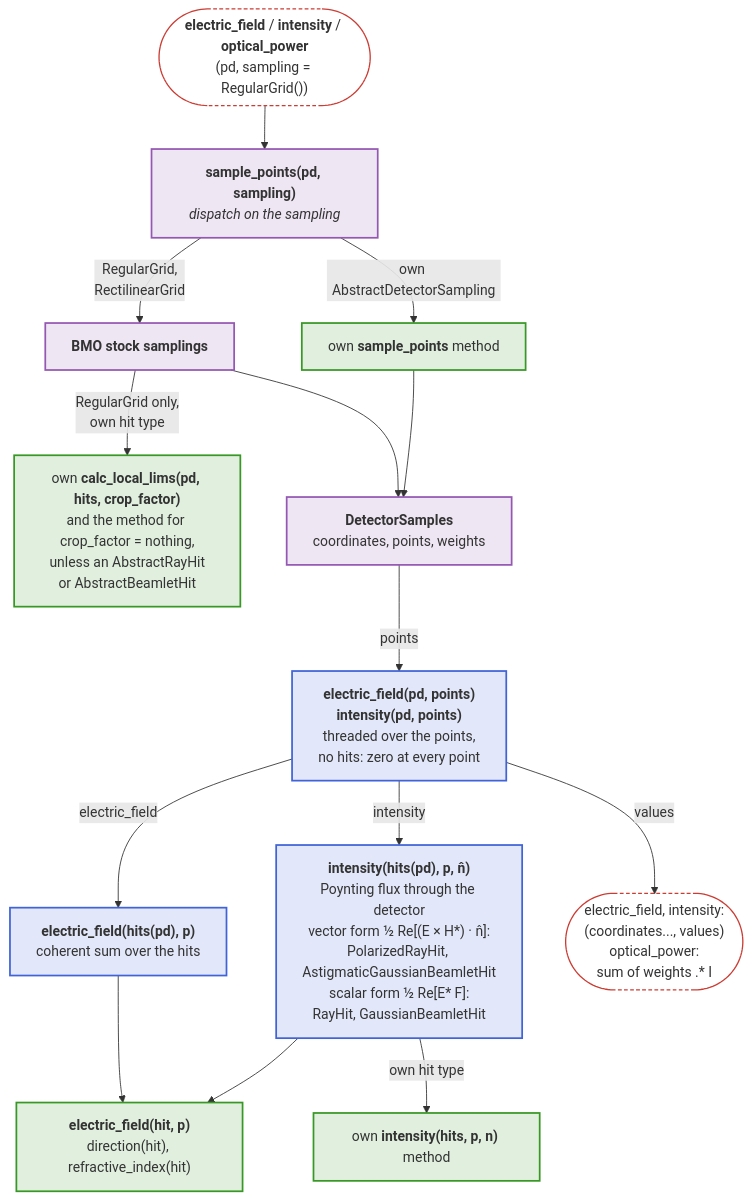
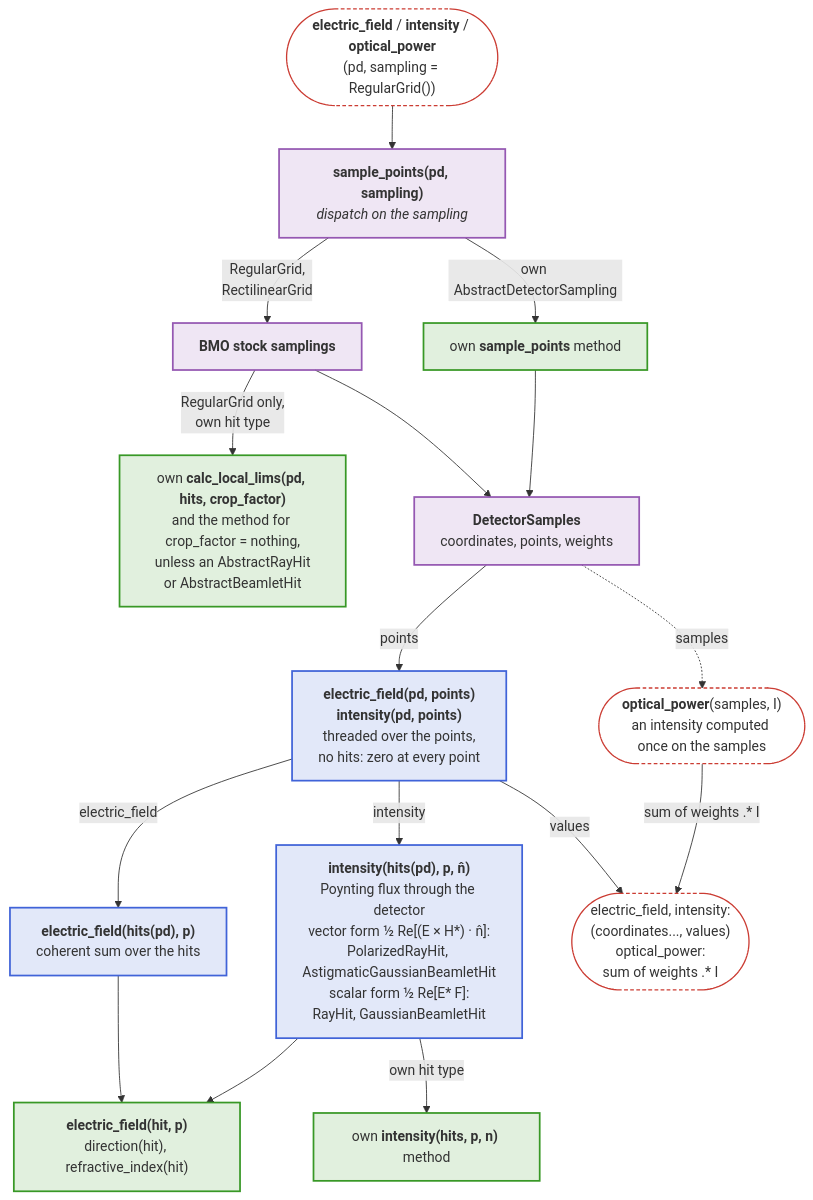
The second of 3 diagrams in docs/src/api/detectors.md (JuliaPhysics/BeamletOptics.jl), drawn with Mermaid before and after one commit. The commit also changed 4 other files, not shown here.

First line of the commit message:
Feature: optical_power of an intensity computed on samples (#226)

````diff
--- a/docs/src/api/detectors.md
+++ b/docs/src/api/detectors.md
@@ -41,38 +41,41 @@
 ```mermaid
 flowchart TB
     R(["<b>electric_field</b> / <b>intensity</b> / <b>optical_power</b><br/>(pd, sampling = RegularGrid())"])
     SP["<b>sample_points(pd, sampling)</b><br/><i>dispatch on the sampling</i>"]
     BMO["<b>BMO stock samplings</b><br/>"]
     OWN["own <b>sample_points</b> method"]
     LIM["own <b>calc_local_lims(pd, hits, crop_factor)</b><br/>and the method for crop_factor = nothing,<br/>unless an AbstractRayHit<br/>or AbstractBeamletHit"]
     DS["<b>DetectorSamples</b><br/>coordinates, points, weights"]
     PT["<b>electric_field(pd, points)</b><br/><b>intensity(pd, points)</b><br/>threaded over the points,<br/>no hits: zero at every point"]
     SUM["<b>electric_field(hits(pd), p)</b><br/>coherent sum over the hits"]
     IH["<b>intensity(hits(pd), p, n̂)</b><br/>Poynting flux through the detector<br/>vector form ½ Re[(E × H*) · n̂]:<br/>PolarizedRayHit, AstigmaticGaussianBeamletHit<br/>scalar form ½ Re[E* F]:<br/>RayHit, GaussianBeamletHit"]
     RET(["electric_field, intensity:<br/>(coordinates..., values)<br/>optical_power:<br/>sum of weights .* I"])
     OWNI["own <b>intensity(hits, p, n)</b> method"]
     EF["<b>electric_field(hit, p)</b><br/>direction(hit), refractive_index(hit)"]
+    OPS(["<b>optical_power</b>(samples, I)<br/>an intensity computed once on the samples"])
 
     R --> SP
     SP -- "RegularGrid,<br/>RectilinearGrid" --> BMO
     SP -- "own AbstractDetectorSampling" --> OWN
     BMO -- "RegularGrid only,<br/>own hit type" --> LIM
     BMO --> DS
     OWN --> DS
     DS -- points --> PT
     PT -- electric_field --> SUM
     PT -- intensity --> IH
     PT -- values --> RET
     IH -- "own hit type" --> OWNI
     SUM --> EF
     IH --> EF
+    DS -. "samples" .-> OPS
+    OPS -- "sum of weights .* I" --> RET
 
     classDef blue fill:#4063D826,stroke:#4063D8,stroke-width:2px
     classDef green fill:#38982626,stroke:#389826,stroke-width:2px
     classDef purple fill:#9558B226,stroke:#9558B2,stroke-width:2px
     classDef terminal fill:transparent,stroke:#CB3C33,stroke-width:1.5px,stroke-dasharray:4 3
     class SP,BMO,DS purple
     class PT,SUM,IH blue
     class OWN,LIM,OWNI,EF green
-    class R,RET terminal
+    class R,RET,OPS terminal
 ```
````
